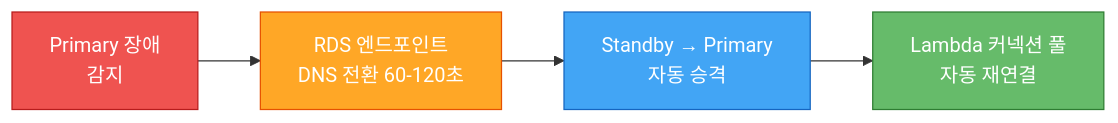
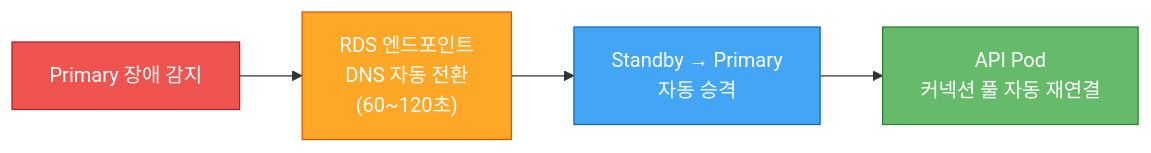
Diagram 17 of 18 in report.md (80-hours-a-week/2-cho-community-be), drawn with Mermaid before and after one commit. The commit also changed other lines of this file, not shown here.

First line of the commit message:
docs: report.md Lambda→K8s 아키텍처 전면 갱신

````diff
--- a/report.md
+++ b/report.md
@@ -942,14 +824,14 @@
 ```mermaid
 flowchart LR
-    Primary_Fail["Primary 장애<br/>감지"]
-    DNS_Switch["RDS 엔드포인트<br/>DNS 전환 60-120초"]
+    Primary_Fail["Primary 장애 감지"]
+    DNS_Switch["RDS 엔드포인트<br/>DNS 자동 전환<br/>(60~120초)"]
     Standby_Promote["Standby → Primary<br/>자동 승격"]
-    App_Reconnect["Lambda 커넥션 풀<br/>자동 재연결"]
+    App_Reconnect["API Pod<br/>커넥션 풀 자동 재연결"]
 
     Primary_Fail --> DNS_Switch --> Standby_Promote --> App_Reconnect
 
     style Primary_Fail fill:#ef5350,color:#fff,stroke:#b71c1c
     style DNS_Switch fill:#ffa726,color:#fff,stroke:#e65100
     style Standby_Promote fill:#42a5f5,color:#fff,stroke:#1565c0
     style App_Reconnect fill:#66bb6a,color:#fff,stroke:#2e7d32
 ```
````
